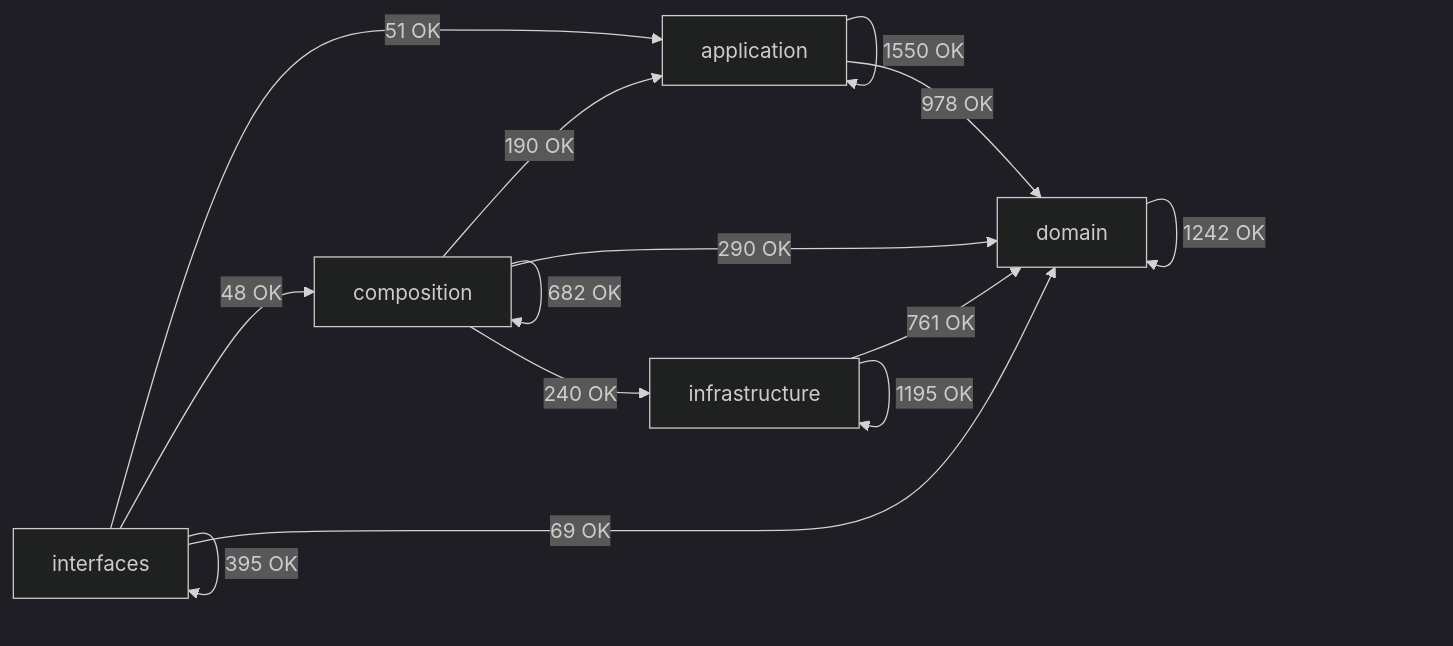
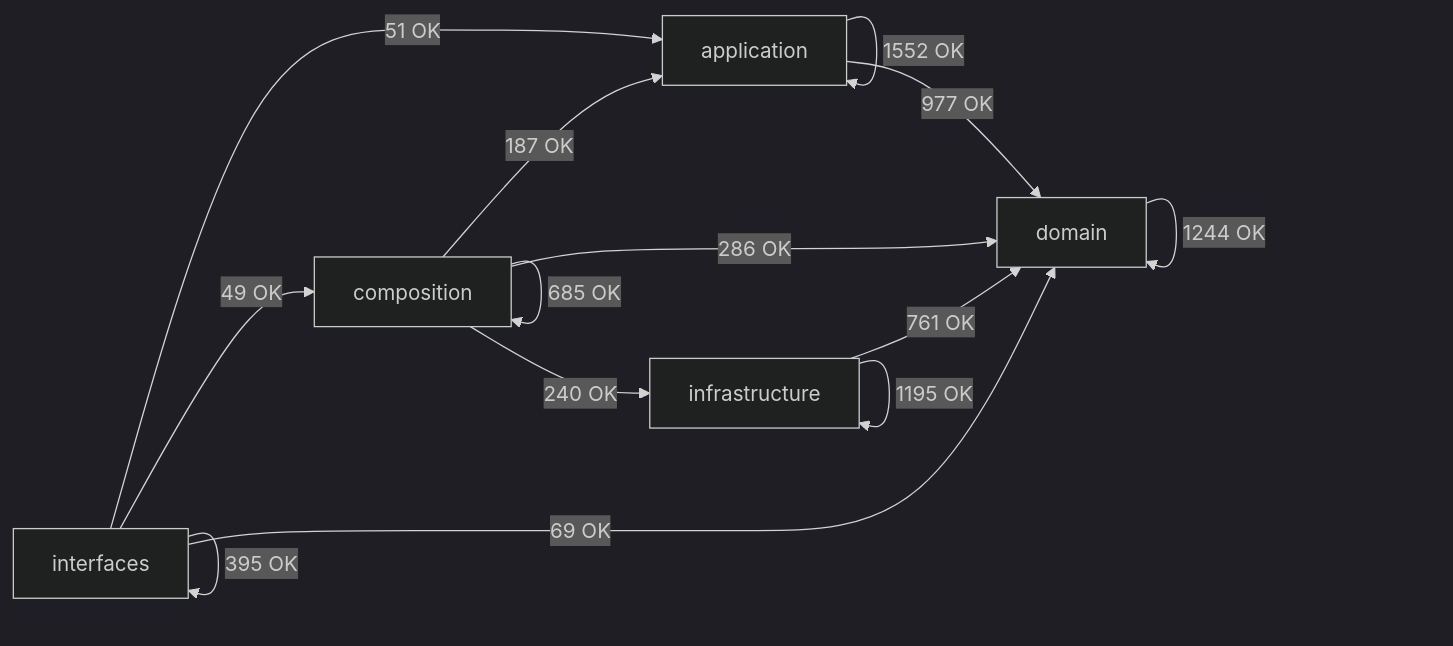
Before and after one commit to SatoryKono/BioactivityDataAcquisition: the diagram in docs/02-architecture/generated/module-dependency-map.md, drawn with Mermaid (dark theme). The commit also changed other lines of this file and 52 other files, not shown here.

Commit message:
fix(architecture): unblock full gate for #9639

````diff
--- a/docs/02-architecture/generated/module-dependency-map.md
+++ b/docs/02-architecture/generated/module-dependency-map.md
@@ -17,21 +17,21 @@
 ```mermaid
 flowchart LR
     domain[domain]
     application[application]
     infrastructure[infrastructure]
     composition[composition]
     interfaces[interfaces]
-    application -->|1550 OK| application
-    application -->|978 OK| domain
-    composition -->|190 OK| application
-    composition -->|682 OK| composition
-    composition -->|290 OK| domain
+    application -->|1552 OK| application
+    application -->|977 OK| domain
+    composition -->|187 OK| application
+    composition -->|685 OK| composition
+    composition -->|286 OK| domain
     composition -->|240 OK| infrastructure
-    domain -->|1242 OK| domain
+    domain -->|1244 OK| domain
     infrastructure -->|761 OK| domain
     infrastructure -->|1195 OK| infrastructure
     interfaces -->|51 OK| application
-    interfaces -->|48 OK| composition
+    interfaces -->|49 OK| composition
     interfaces -->|69 OK| domain
     interfaces -->|395 OK| interfaces
 ```
````
